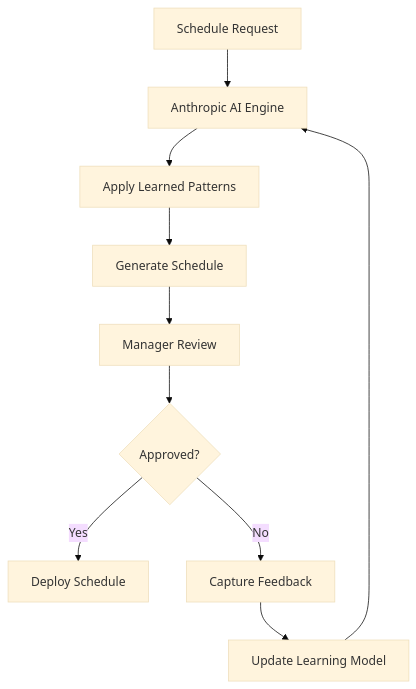
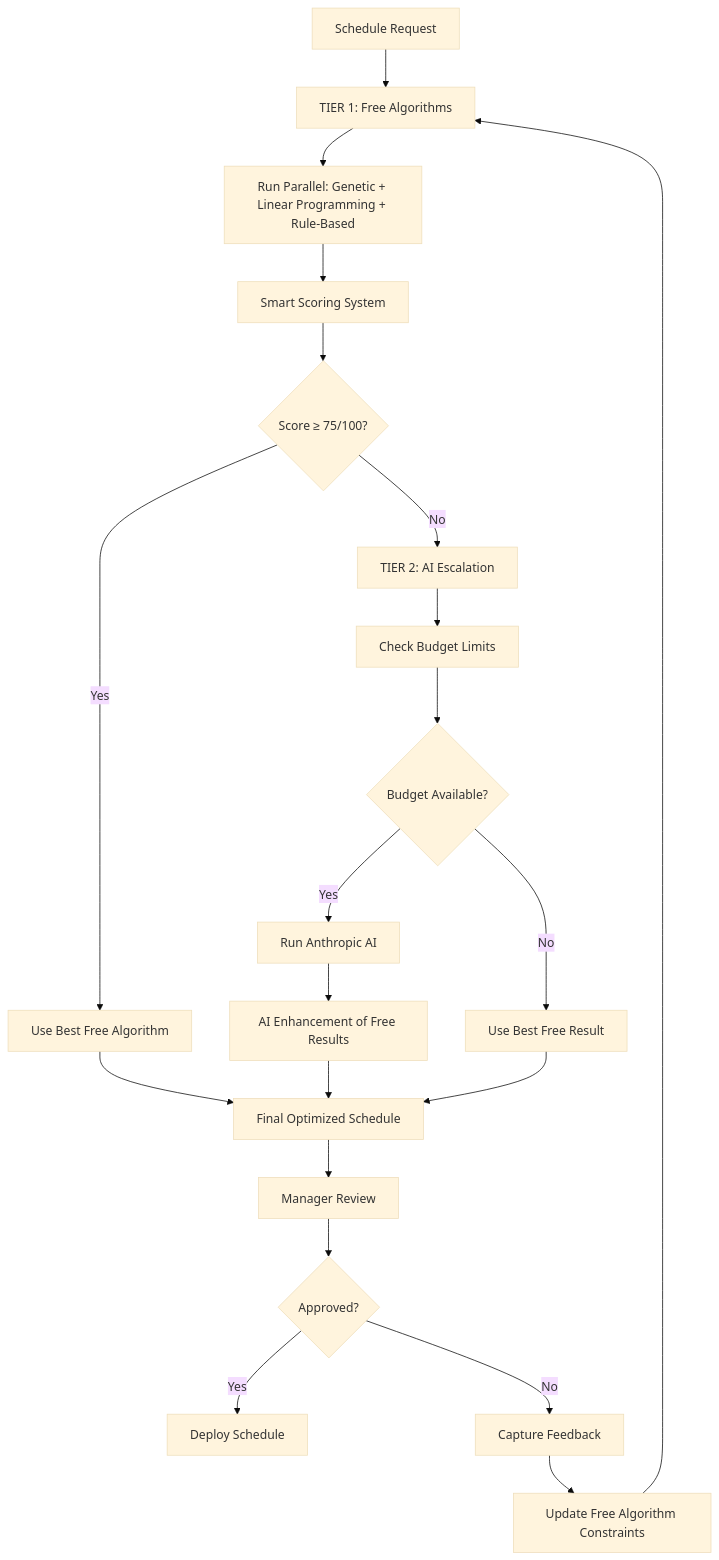
The first of 2 diagrams in docs/ai-system/AI_ARCHITECTURE.md (gaurav-dr/gep-partner-system), drawn with Mermaid (base theme) before and after one commit. The commit also changed other lines of this file and 42 other files, not shown here.

````diff
--- a/docs/ai-system/AI_ARCHITECTURE.md
+++ b/docs/ai-system/AI_ARCHITECTURE.md
@@ -88,12 +186,24 @@
 ```mermaid
 graph TD
-    A[Schedule Request] --> B[Anthropic AI Engine]
-    B --> C[Apply Learned Patterns]
-    C --> D[Generate Schedule]
-    D --> E[Manager Review]
-    E --> F{Approved?}
-    F -->|Yes| G[Deploy Schedule]
-    F -->|No| H[Capture Feedback]
-    H --> I[Update Learning Model]
-    I --> B
+    A[Schedule Request] --> B[TIER 1: Free Algorithms]
+    B --> C[Run Parallel: Genetic + Linear Programming + Rule-Based]
+    C --> D[Smart Scoring System]
+    D --> E{"Score ≥ 75/100?"}
+    E -->|Yes| F[Use Best Free Algorithm]
+    E -->|No| G[TIER 2: AI Escalation]
+    G --> H[Check Budget Limits]
+    H --> I{"Budget Available?"}
+    I -->|Yes| J[Run Anthropic AI]
+    I -->|No| K[Use Best Free Result]
+    J --> L[AI Enhancement of Free Results]
+    L --> M[Final Optimized Schedule]
+    F --> M
+    K --> M
+    M --> N[Manager Review]
+    N --> O{"Approved?"}
+    O -->|Yes| P[Deploy Schedule]
+    O -->|No| Q[Capture Feedback]
+    Q --> R[Update Free Algorithm Constraints]
+    R --> B
+
 ```
````
